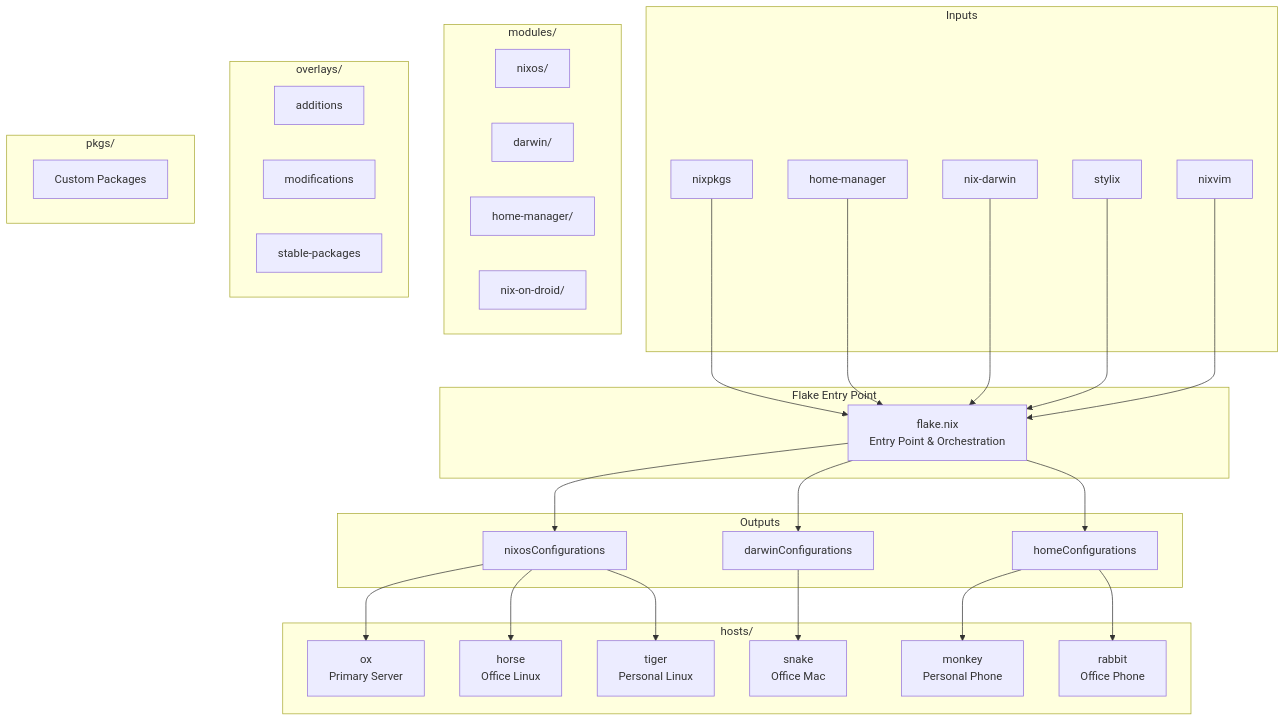
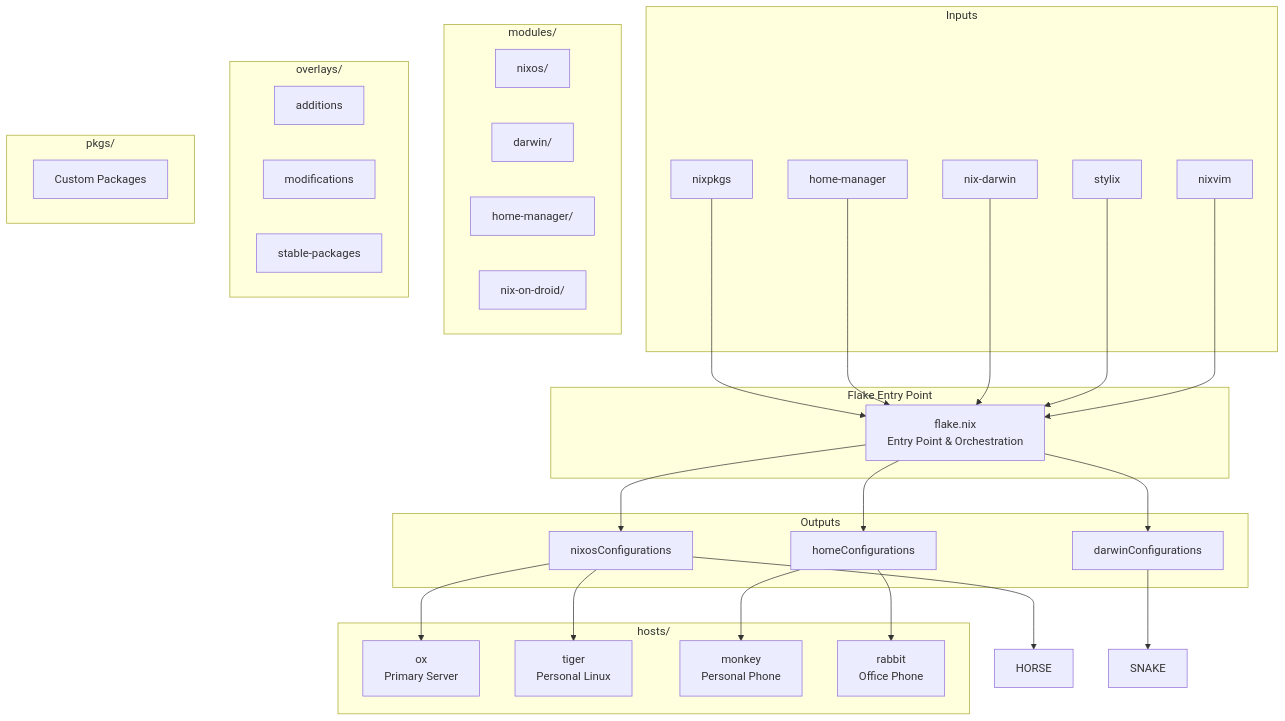
Before and after one commit to idjoo/dotfiles: the diagram in README.md, drawn with Mermaid. The commit also changed other lines of this file and 15 other files, not shown here.

First line of the commit message:
chore: 🔥 remove devoteam work identity and horse/snake hosts

````diff
--- a/README.md
+++ b/README.md
@@ -64,63 +64,61 @@
 ```mermaid
 graph TB
     subgraph "Flake Entry Point"
         FLAKE[flake.nix<br/>Entry Point & Orchestration]
     end
 
     subgraph "Inputs"
         NP[nixpkgs]
         HM[home-manager]
         ND[nix-darwin]
         ST[stylix]
         NV[nixvim]
     end
 
     subgraph "Outputs"
         NC[nixosConfigurations]
         DC[darwinConfigurations]
         HC[homeConfigurations]
     end
 
     subgraph "hosts/"
         OX[ox<br/>Primary Server]
-        HORSE[horse<br/>Office Linux]
         TIGER[tiger<br/>Personal Linux]
-        SNAKE[snake<br/>Office Mac]
         MONKEY[monkey<br/>Personal Phone]
         RABBIT[rabbit<br/>Office Phone]
     end
 
     subgraph "modules/"
         NIXOS[nixos/]
         DARWIN[darwin/]
         HOMEMGR[home-manager/]
         DROID[nix-on-droid/]
     end
 
     subgraph "overlays/"
         ADD[additions]
         MOD[modifications]
         STABLE[stable-packages]
     end
 
     subgraph "pkgs/"
         CUSTOM[Custom Packages]
     end
 
     NP --> FLAKE
     HM --> FLAKE
     ND --> FLAKE
     ST --> FLAKE
     NV --> FLAKE
 
     FLAKE --> NC
     FLAKE --> DC
     FLAKE --> HC
 
     NC --> OX
     NC --> HORSE
     NC --> TIGER
     DC --> SNAKE
     HC --> MONKEY
     HC --> RABBIT
 ```
````
